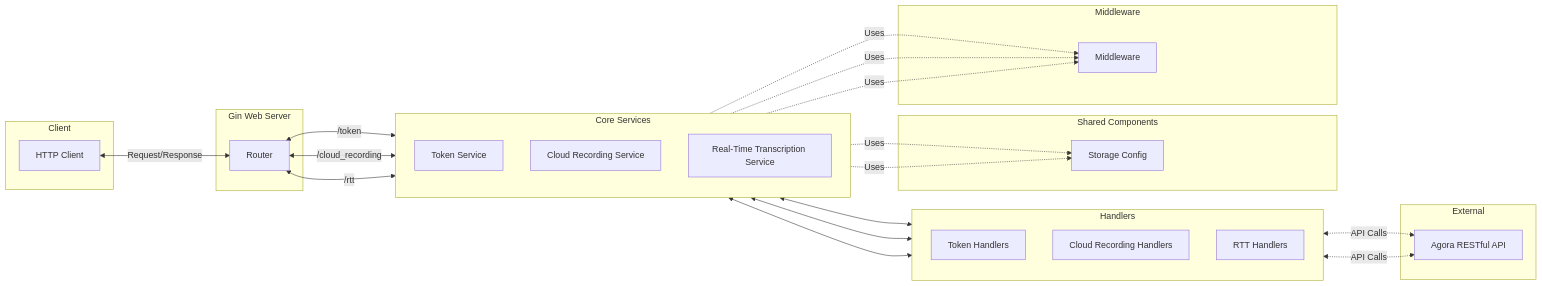
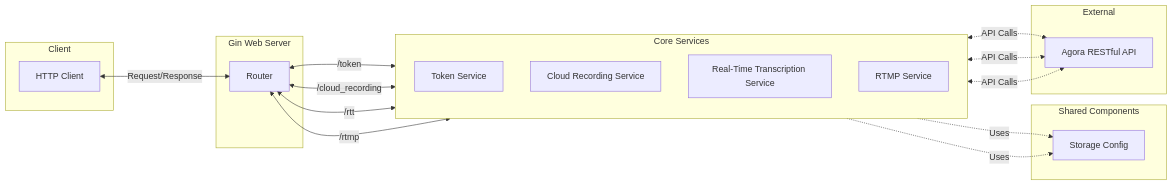
Before and after one commit to AgoraIO-Community/agora-go-backend-middleware: the diagram in DOCS/Architectures/Overview_Flow.md, drawn with Mermaid. The commit also changed 4 other files, not shown here.

````diff
--- a/DOCS/Architectures/Overview_Flow.md
+++ b/DOCS/Architectures/Overview_Flow.md
@@ -3,50 +3,37 @@
 ```mermaid
 flowchart LR
     subgraph Client
         A[HTTP Client]
     end
 
     subgraph "Gin Web Server"
         B[Router]
     end
 
     subgraph "Core Services"
         direction TB
         C[Token Service]
         D[Cloud Recording Service]
         E[Real-Time Transcription Service]
-    end
-
-    subgraph "Handlers"
-        direction TB
-        F[Token Handlers]
-        G[Cloud Recording Handlers]
-        H[RTT Handlers]
+        L[RTMP Service]
     end
 
     subgraph "Shared Components"
         J[Storage Config]
-    end
-
-    subgraph "Middleware"
-        I[Middleware]
     end
 
     subgraph "External"
         K[Agora RESTful API]
     end
 
     A <-->|Request/Response| B
     B <-->|/token| C
     B <-->|/cloud_recording| D
     B <-->|/rtt| E
-    C <--> F
-    D <--> G
-    E <--> H
+    B <-->|/rtmp| L
+
+    D & E & L <-.->|API Calls| K
     D & E -.->|Uses| J
-    C & D & E -.->|Uses| I
-    G & H <-.->|API Calls| K
-
     classDef request fill:#f9f,stroke:#333,stroke-width:2px;
     classDef response fill:#bbf,stroke:#333,stroke-width:2px;
 ```
````
